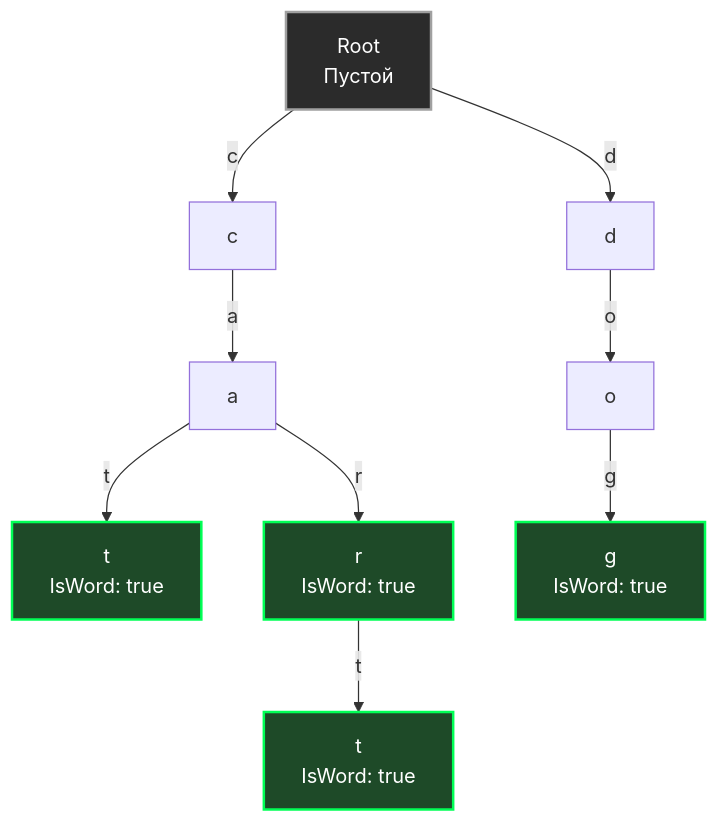
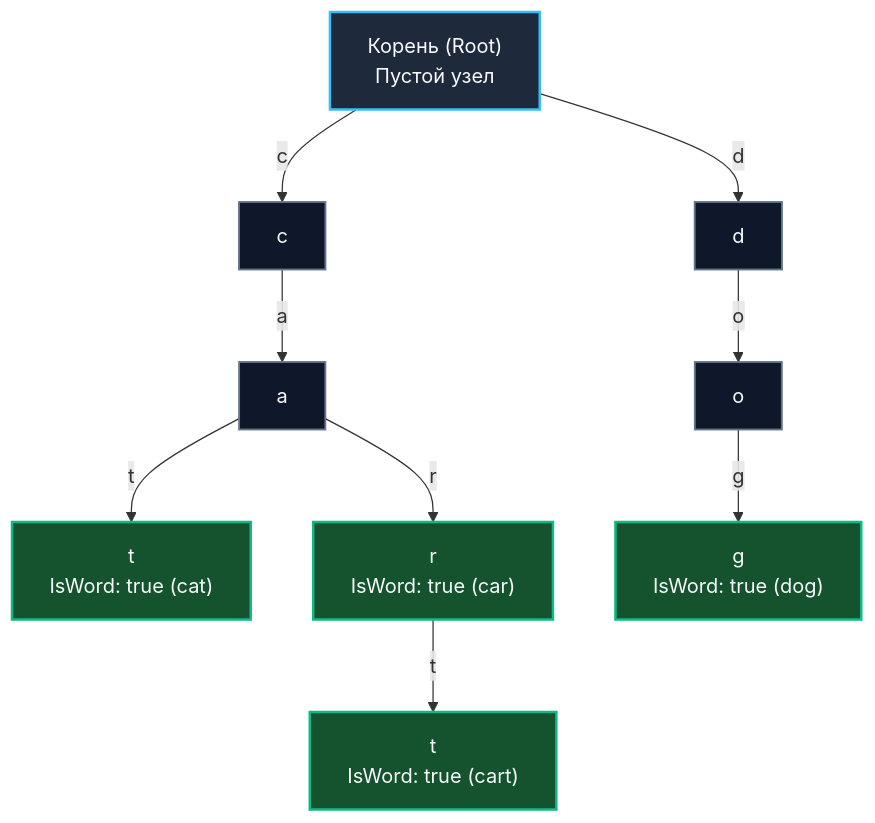
Before and after one commit to UnrealTemplier/go-textbook: the first of 2 diagrams in sources/20. Алгоритмы и структуры данных (DSA) на Go/05. Сбалансированные деревья/5. Trie - префиксное дерево.md, drawn with Mermaid. The commit also changed other lines of this file, not shown here.

````diff
--- a/sources/20. Алгоритмы и структуры данных (DSA) на Go/05. Сбалансированные деревья/5. Trie - префиксное дерево.md
+++ b/sources/20. Алгоритмы и структуры данных (DSA) на Go/05. Сбалансированные деревья/5. Trie - префиксное дерево.md
@@ -21,23 +23,25 @@
 ```mermaid
 flowchart TD
-    Root["Root<br>Пустой"] 
-    
+    Root["Корень (Root)<br/>Пустой узел"]
+
     Root -->|"c"| NodeC["c"]
     Root -->|"d"| NodeD["d"]
-    
+
     NodeC -->|"a"| NodeA["a"]
-    
-    NodeA -->|"t"| NodeT["t<br>IsWord: true"]
-    NodeA -->|"r"| NodeR["r<br>IsWord: true"]
-    
-    NodeR -->|"t"| NodeRT["t<br>IsWord: true"]
-    
+
+    NodeA -->|"t"| NodeT["t<br/>IsWord: true (cat)"]
+    NodeA -->|"r"| NodeR["r<br/>IsWord: true (car)"]
+
+    NodeR -->|"t"| NodeRT["t<br/>IsWord: true (cart)"]
+
     NodeD -->|"o"| NodeO["o"]
-    NodeO -->|"g"| NodeG["g<br>IsWord: true"]
-    
-    style Root fill:#2b2b2b,stroke:#a0a0a0,stroke-width:2px,color:#fff
-    style NodeT fill:#1e4a28,stroke:#00ff55,stroke-width:2px,color:#fff
-    style NodeR fill:#1e4a28,stroke:#00ff55,stroke-width:2px,color:#fff
-    style NodeRT fill:#1e4a28,stroke:#00ff55,stroke-width:2px,color:#fff
-    style NodeG fill:#1e4a28,stroke:#00ff55,stroke-width:2px,color:#fff
+    NodeO -->|"g"| NodeG["g<br/>IsWord: true (dog)"]
+
+    classDef rootNode fill:#1e293b,stroke:#38bdf8,stroke-width:2px,color:#f8fafc;
+    classDef innerNode fill:#0f172a,stroke:#64748b,stroke-width:1.5px,color:#f8fafc;
+    classDef wordNode fill:#14532d,stroke:#10b981,stroke-width:2px,color:#f8fafc;
+
+    class Root rootNode;
+    class NodeC,NodeD,NodeA,NodeO innerNode;
+    class NodeT,NodeR,NodeRT,NodeG wordNode;
 ```
````
